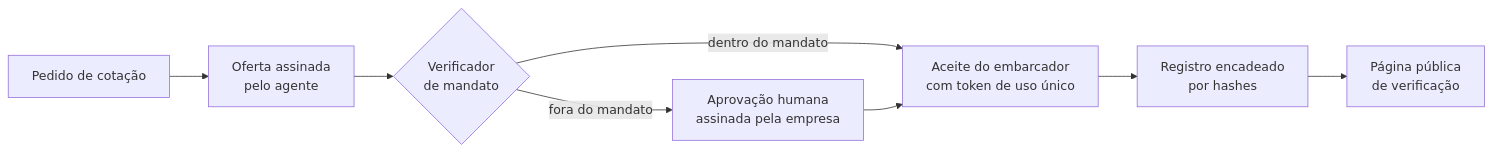
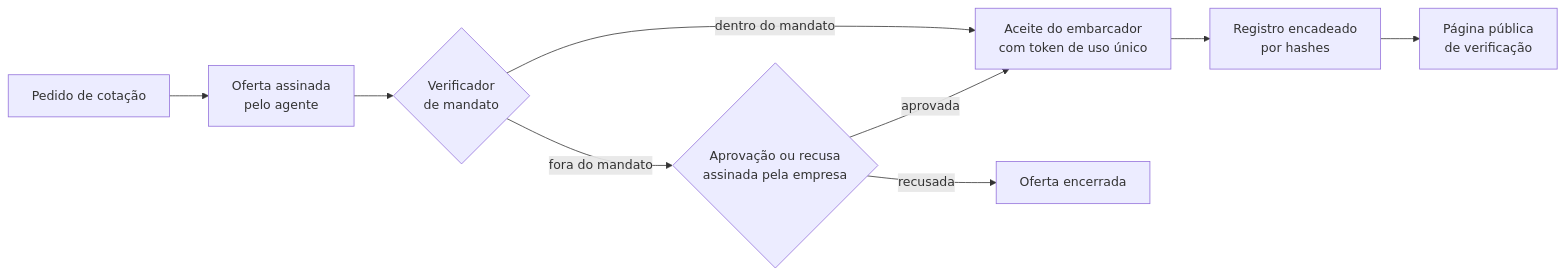
One commit to rodrigolotti/Elo changed the diagram in README.md. Above: the diagram before and after it, drawn with Mermaid. The commit also changed other lines of this file and 2 other files, not shown here.

````diff
--- a/README.md
+++ b/README.md
@@ -15,10 +15,11 @@
 ```mermaid
 flowchart LR
     A[Pedido de cotação] --> B[Oferta assinada<br/>pelo agente]
     B --> C{Verificador<br/>de mandato}
     C -- dentro do mandato --> E[Aceite do embarcador<br/>com token de uso único]
-    C -- fora do mandato --> D[Aprovação humana<br/>assinada pela empresa]
-    D --> E
+    C -- fora do mandato --> D{Aprovação ou recusa<br/>assinada pela empresa}
+    D -- aprovada --> E
+    D -- recusada --> X[Oferta encerrada]
     E --> F[Registro encadeado<br/>por hashes]
     F --> G[Página pública<br/>de verificação]
 ```
````
